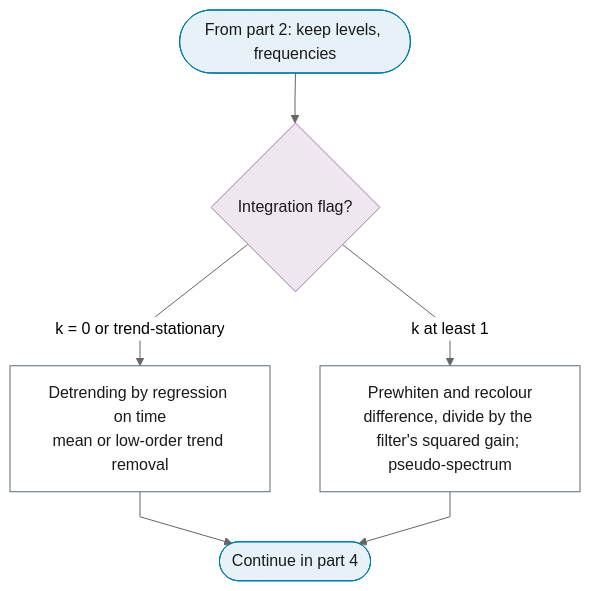
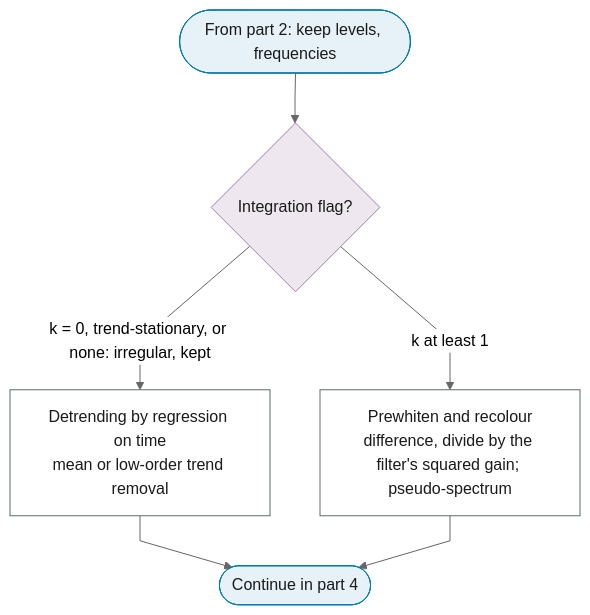
Before and after one commit to Shuxin-Y/time-series-analysis-manual: the fifth of 6 diagrams in docs/01-workflow/p04-transformations.md, drawn with Mermaid (neutral theme). The commit also changed other lines of this file and 14 other files, not shown here.

````diff
--- a/docs/01-workflow/p04-transformations.md
+++ b/docs/01-workflow/p04-transformations.md
@@ -150,19 +149,19 @@
 ```mermaid
 %%{init: {"flowchart": {"curve": "linear"}}}%%
 graph TD
     P4_PART_5_IN(["From part 2: keep levels, frequencies"]) --> P4_SPECTRAL_ORDER{"Integration flag?"}
-    P4_SPECTRAL_ORDER -->|"k = 0 or trend-stationary"| P4_DETREND["Detrending by regression on time<br/>mean or low-order trend removal"]
+    P4_SPECTRAL_ORDER -->|"k = 0, trend-stationary, or none: irregular, kept"| P4_DETREND["Detrending by regression on time<br/>mean or low-order trend removal"]
     P4_SPECTRAL_ORDER -->|"k at least 1"| P4_PREWHITEN["Prewhiten and recolour<br/>difference, divide by the filter's squared gain; pseudo-spectrum"]
     P4_DETREND & P4_PREWHITEN --> P4_PART_5_OUT(["Continue in part 4"])
     class P4_PART_5_IN,P4_PART_5_OUT terminator
     class P4_SPECTRAL_ORDER decision
     class P4_DETREND,P4_PREWHITEN process
     classDef terminator fill:#E6F2F7,stroke:#007BA7,color:#1A1A1A;
     classDef process fill:#FFFFFF,stroke:#5A6B73,color:#1A1A1A;
     classDef decision fill:#EFE7F0,stroke:#9B7FA7,color:#1A1A1A;
     classDef data fill:#FFF4E0,stroke:#C9A55E,color:#1A1A1A;
     classDef good fill:#DCEFD8,stroke:#4A7A3F,color:#1A1A1A;
     classDef escalate fill:#FFE9C2,stroke:#C9A55E,color:#1A1A1A;
     classDef problem fill:#F2D9DE,stroke:#800020,color:#1A1A1A;
     classDef ref fill:#F7F7F7,stroke:#5A6B73,color:#1A1A1A,stroke-dasharray:4 3;
 ```
````
